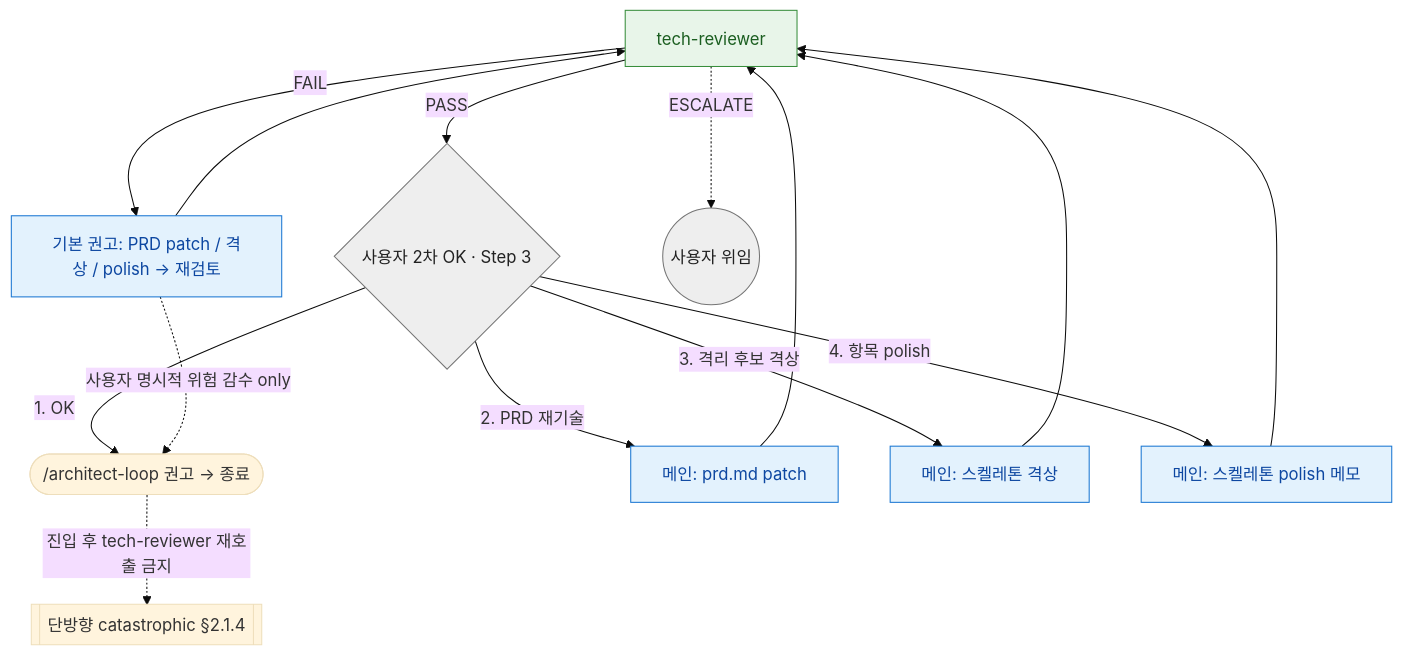
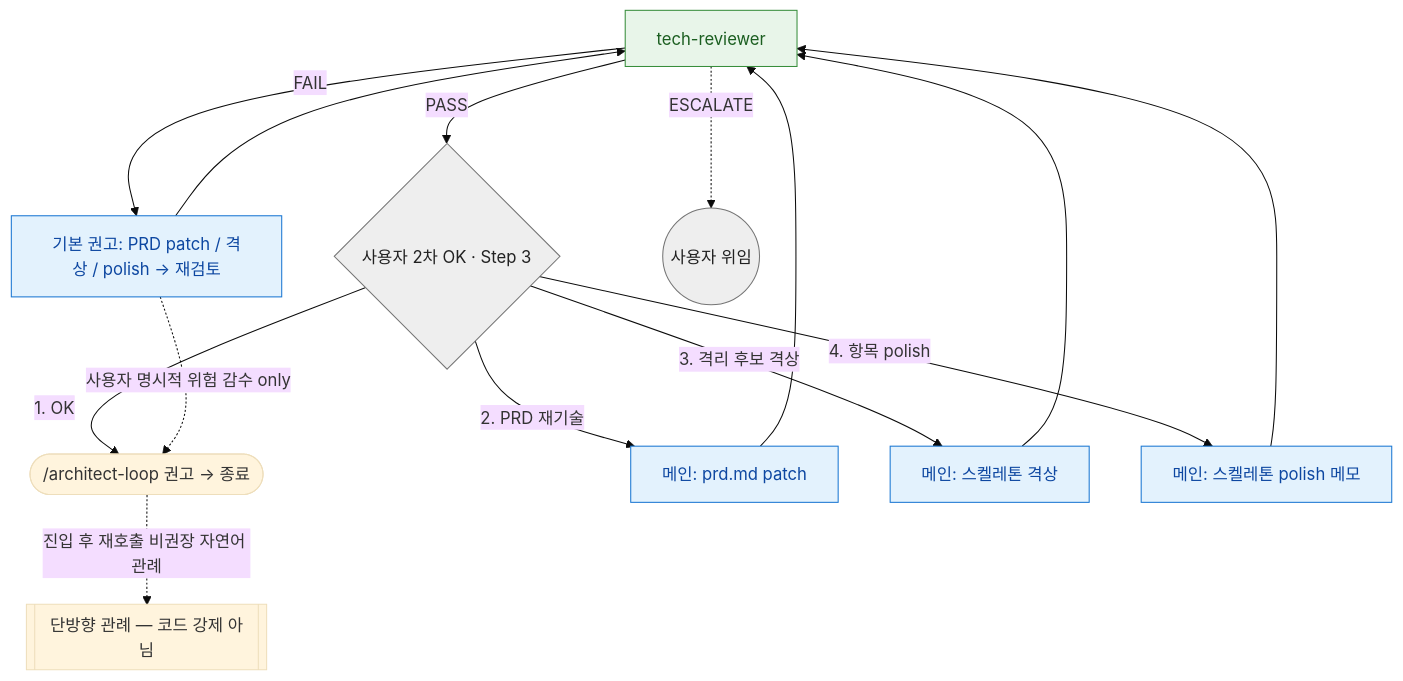
One commit to Daeguk-Sun/dcNess changed the diagram in skills/tech-review/tech-review-routing.md. Above: the diagram before and after it, drawn with Mermaid (base theme). The commit also changed other lines of this file and 11 other files, not shown here.

First line of the commit message:
[issue-609] tech-reviewer 재호출 차단(코드 강제) 제거 + §2.1.4 소멸

````diff
--- a/skills/tech-review/tech-review-routing.md
+++ b/skills/tech-review/tech-review-routing.md
@@ -13,20 +13,20 @@
 ```mermaid
 flowchart TB
   TR[tech-reviewer] -->|PASS| CP{사용자 2차 OK · Step 3}
   TR -->|FAIL| RW[기본 권고: PRD patch / 격상 / polish → 재검토]
   TR -.->|ESCALATE| U((사용자 위임))
   CP -->|1. OK| AL([/architect-loop 권고 → 종료])
   CP -->|2. PRD 재기술| P1[메인: prd.md patch] --> TR
   CP -->|3. 격리 후보 격상| P2[메인: 스켈레톤 격상] --> TR
   CP -->|4. 항목 polish| P3[메인: 스켈레톤 polish 메모] --> TR
   RW --> TR
   RW -.->|사용자 명시적 위험 감수 only| AL
-  AL -.->|진입 후 tech-reviewer 재호출 금지| X[[단방향 catastrophic §2.1.4]]
+  AL -.->|진입 후 재호출 비권장 자연어 관례| X[[단방향 관례 — 코드 강제 아님]]
 
   classDef verify fill:#e8f5e9,stroke:#388e3c,color:#1b5e20
   classDef main fill:#e3f2fd,stroke:#1976d2,color:#0d47a1
   classDef user fill:#eeeeee,stroke:#757575,color:#212121
   class TR verify
   class P1,P2,P3,RW main
   class U,CP user
 ```
````
